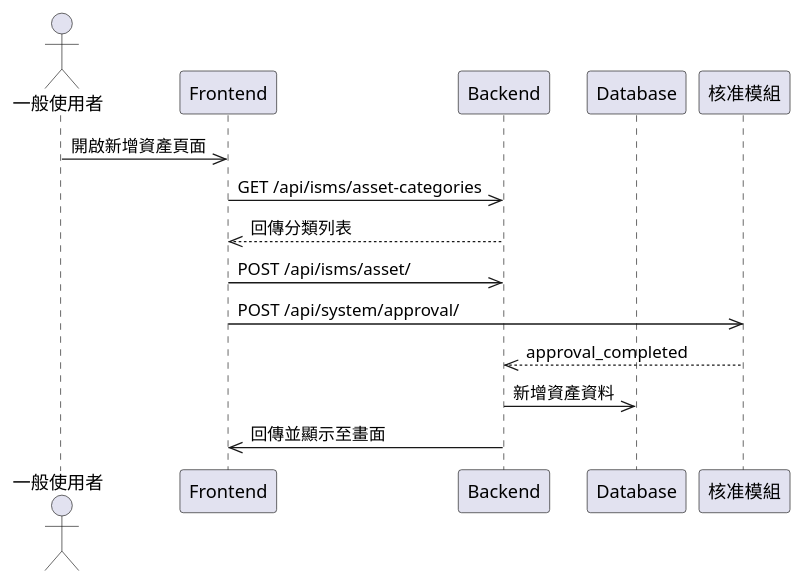
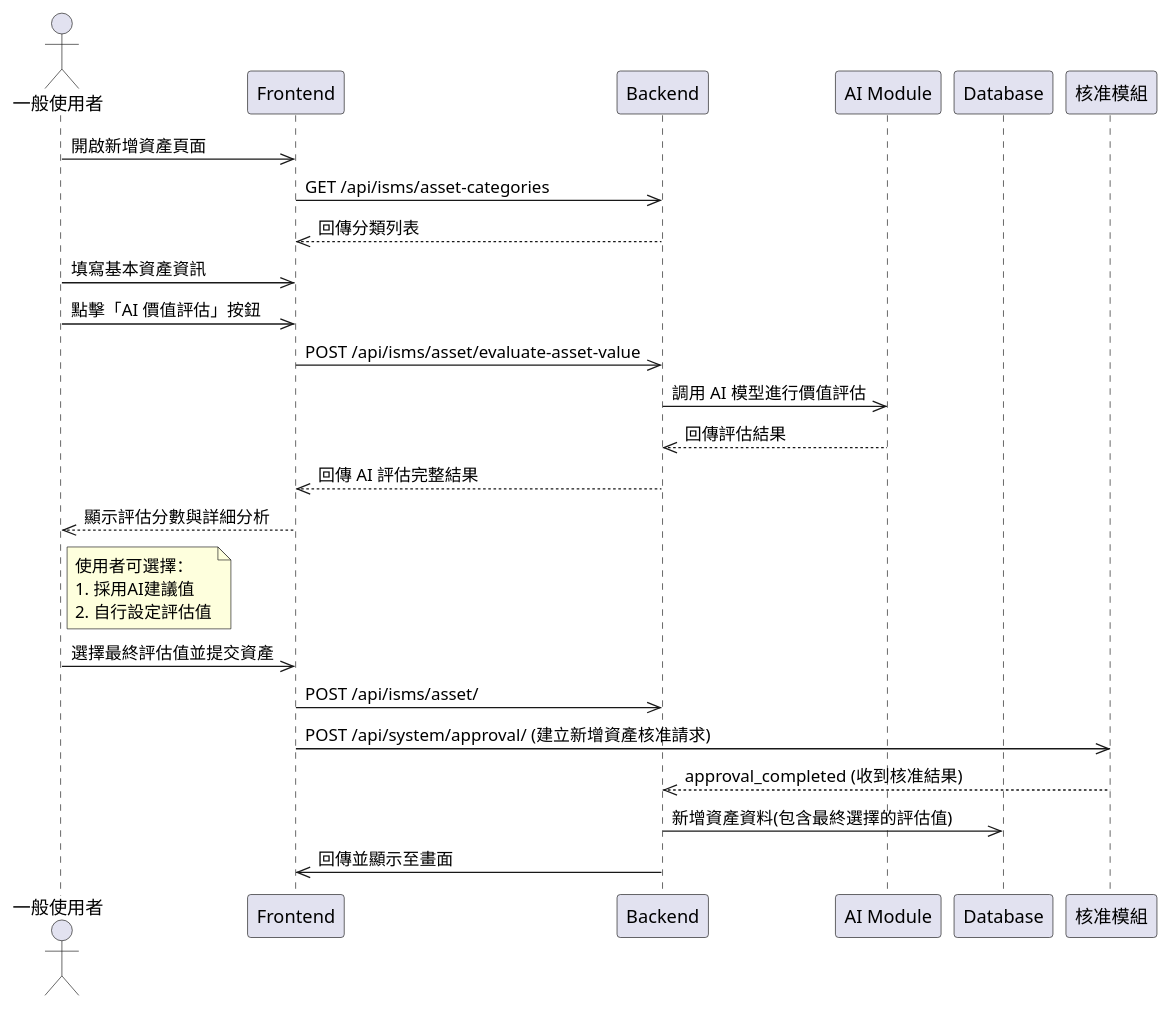
One commit to walle45611/NTUB_SecuManag_Diagram changed the diagram in plantUML/sequence/asset_create.puml. Above: the diagram before and after it, drawn with PlantUML. The commit also changed other lines of this file and 4 other files, not shown here.

Commit message:
feat: 更新分析類別圖，調整屬性類型及新增風險設定類別，擴充系統流程圖以包含AI評估及文件摘要功能

```diff
--- a/plantUML/sequence/asset_create.puml
+++ b/plantUML/sequence/asset_create.puml
@@ -1,16 +1,26 @@
 @startuml
 actor User as "一般使用者"
 participant Frontend
 participant Backend
+participant "AI Module" as AI
 participant Database
 participant Approval as "核准模組"
 
 User->>Frontend: 開啟新增資產頁面
 Frontend->>Backend: GET /api/isms/asset-categories
 Backend-->>Frontend: 回傳分類列表
+User->>Frontend: 填寫基本資產資訊
+User->>Frontend: 點擊「AI 價值評估」按鈕
+Frontend->>Backend: POST /api/isms/asset/evaluate-asset-value
+Backend->>AI: 調用 AI 模型進行價值評估
+AI-->>Backend: 回傳評估結果
+Backend-->>Frontend: 回傳 AI 評估完整結果
+Frontend-->>User: 顯示評估分數與詳細分析
+note right of User: 使用者可選擇：\n1. 採用AI建議值\n2. 自行設定評估值
+User->>Frontend: 選擇最終評估值並提交資產
 Frontend->>Backend: POST /api/isms/asset/
-Frontend->>Approval: POST /api/system/approval/
-Approval-->>Backend: approval_completed
-Backend->>Database: 新增資產資料
+Frontend->>Approval: POST /api/system/approval/ (建立新增資產核准請求)
+Approval-->>Backend: approval_completed (收到核准結果)
+Backend->>Database: 新增資產資料(包含最終選擇的評估值)
 Backend->>Frontend: 回傳並顯示至畫面
 @enduml
```
